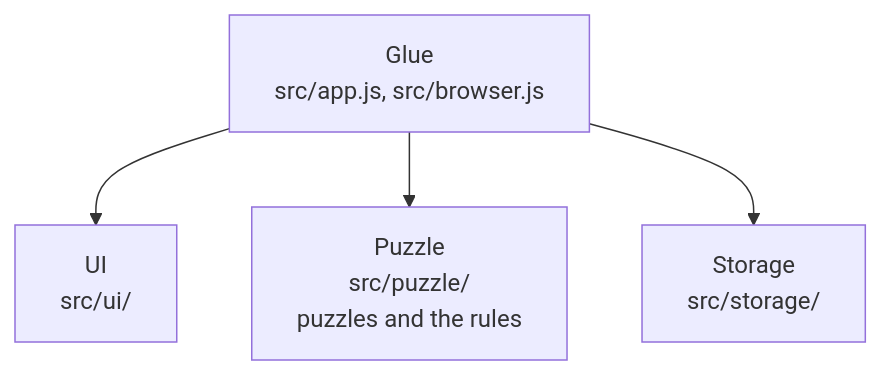
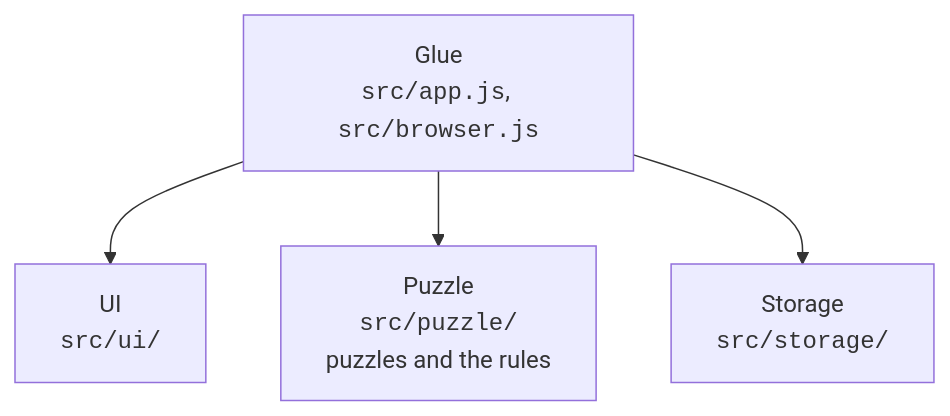
The diagram in README.md (treetopbottle/molecuzzle), drawn with Mermaid before and after one commit. The commit also changed 1 other file, not shown here.

Commit message:
docs: show file names in the diagrams in a fixed-width font

````diff
--- a/README.md
+++ b/README.md
@@ -50,11 +50,11 @@
 ```mermaid
 flowchart TD
-  glue["Glue<br/>src/app.js, src/browser.js"]
-  ui["UI<br/>src/ui/"]
-  puzzle["Puzzle<br/>src/puzzle/<br/>puzzles and the rules"]
-  storage["Storage<br/>src/storage/"]
+  glue["Glue<br/><code>src/app.js</code>, <code>src/browser.js</code>"]
+  ui["UI<br/><code>src/ui/</code>"]
+  puzzle["Puzzle<br/><code>src/puzzle/</code><br/>puzzles and the rules"]
+  storage["Storage<br/><code>src/storage/</code>"]
 
   glue --> ui
   glue --> puzzle
   glue --> storage
 ```
````
